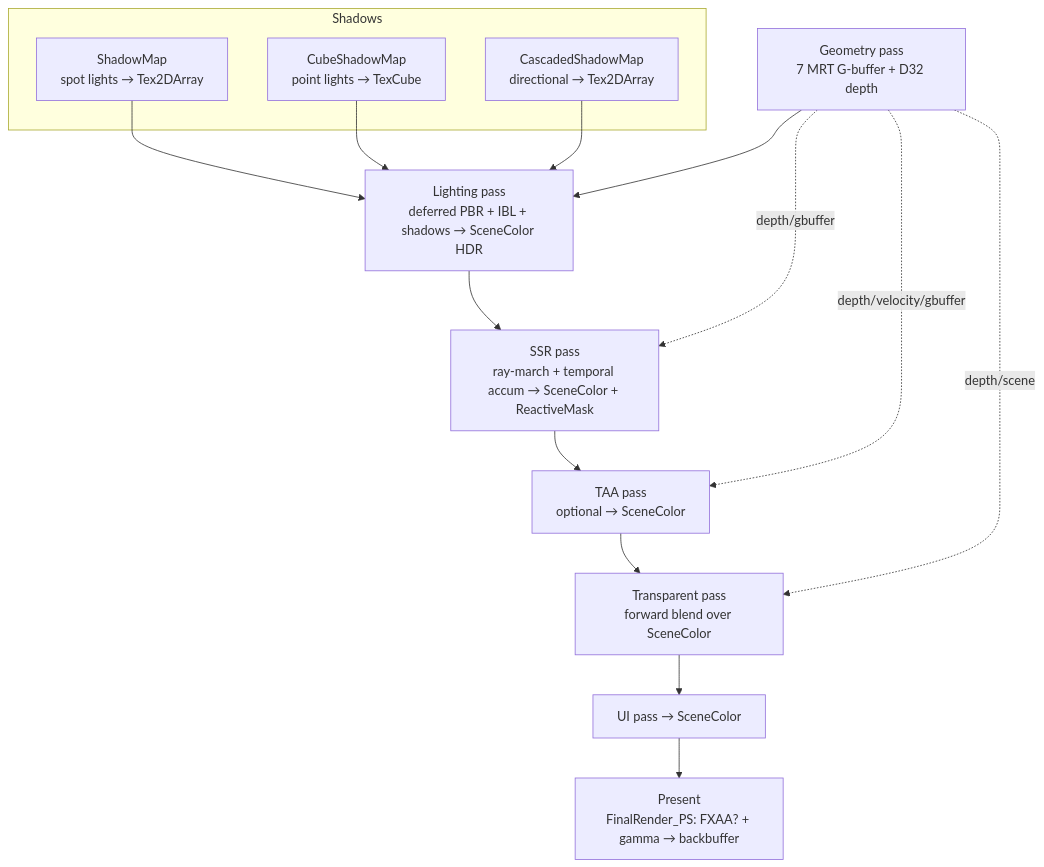
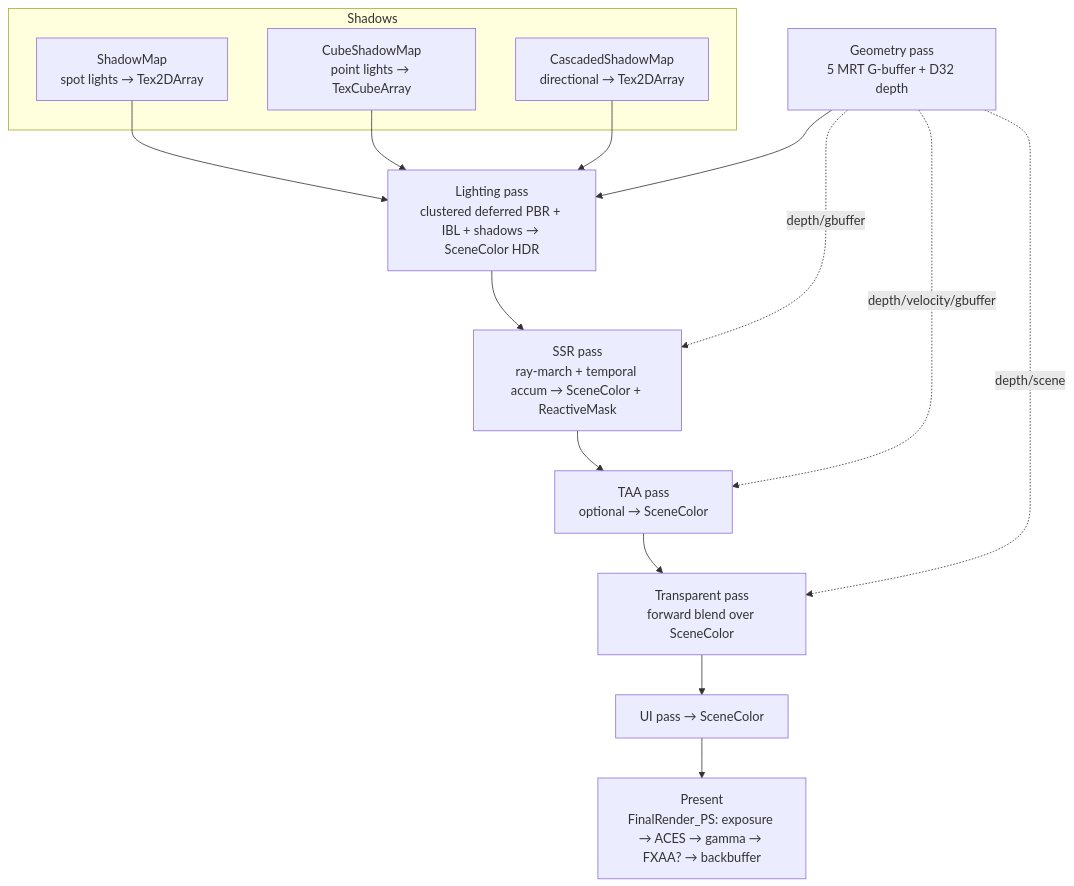
One commit to Seank23/DX12Engine changed the diagram in docs/Rendering-Architecture.md. Above: the diagram before and after it, drawn with Mermaid. The commit also changed other lines of this file and 9 other files, not shown here.

````diff
--- a/docs/Rendering-Architecture.md
+++ b/docs/Rendering-Architecture.md
@@ -21,23 +23,23 @@
 ```mermaid
 flowchart TD
     subgraph Shadows
       SM[ShadowMap<br/>spot lights → Tex2DArray]
-      CSM_pt[CubeShadowMap<br/>point lights → TexCube]
+      CSM_pt[CubeShadowMap<br/>point lights → TexCubeArray]
       CSMd[CascadedShadowMap<br/>directional → Tex2DArray]
     end
-    G[Geometry pass<br/>7 MRT G-buffer + D32 depth]
-    L[Lighting pass<br/>deferred PBR + IBL + shadows → SceneColor HDR]
+    G[Geometry pass<br/>5 MRT G-buffer + D32 depth]
+    L[Lighting pass<br/>clustered deferred PBR + IBL + shadows → SceneColor HDR]
     SSR[SSR pass<br/>ray-march + temporal accum → SceneColor + ReactiveMask]
     TAA[TAA pass<br/>optional → SceneColor]
     TR[Transparent pass<br/>forward blend over SceneColor]
     UI[UI pass → SceneColor]
-    P[Present<br/>FinalRender_PS: FXAA? + gamma → backbuffer]
+    P[Present<br/>FinalRender_PS: exposure → ACES → gamma → FXAA? → backbuffer]
 
     SM --> L
     CSM_pt --> L
     CSMd --> L
     G --> L --> SSR --> TAA --> TR --> UI --> P
     G -. depth/gbuffer .-> SSR
     G -. depth/velocity/gbuffer .-> TAA
     G -. depth/scene .-> TR
 ```
````
